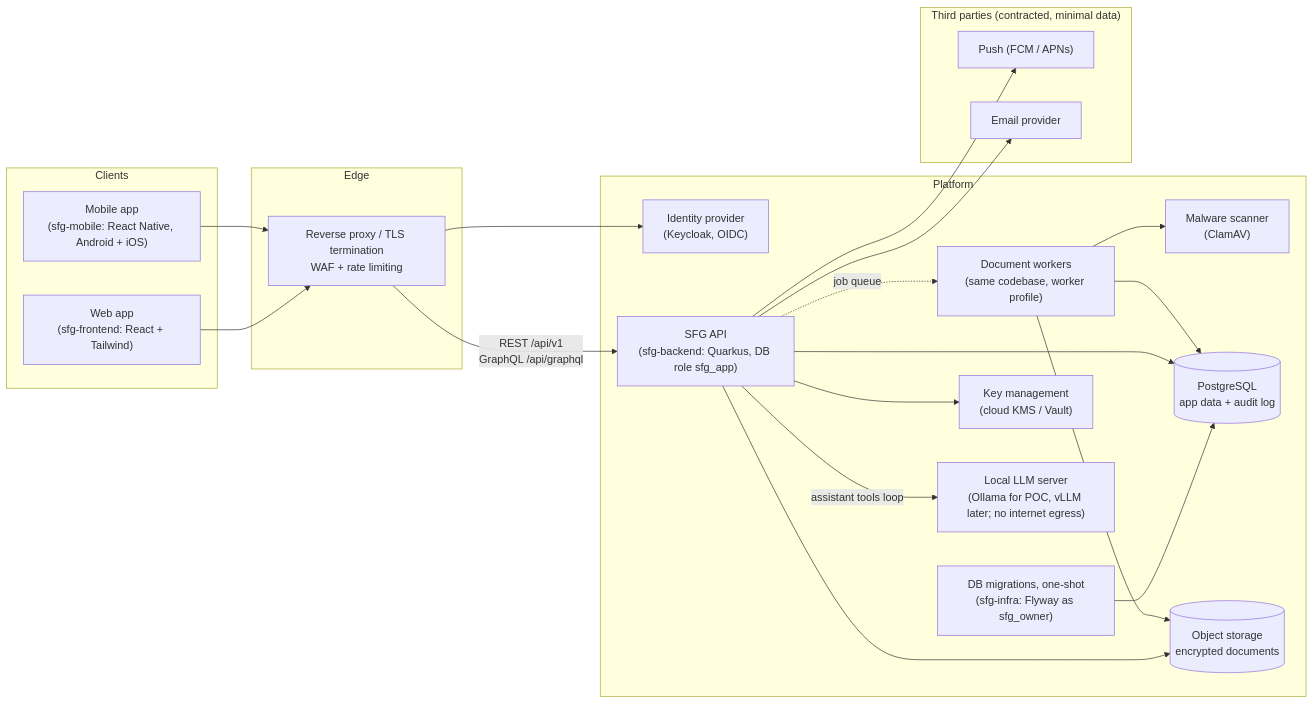
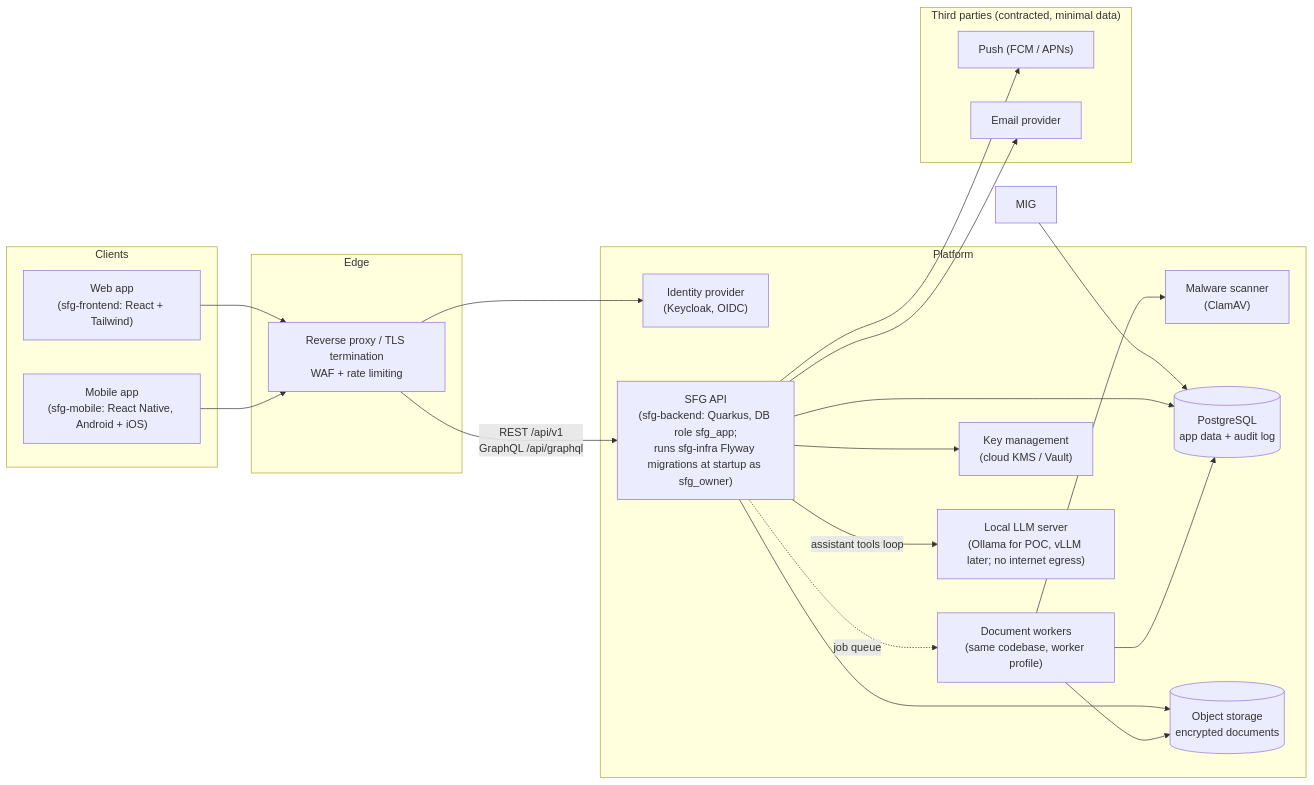
One commit to sdebie/sfg-parent changed the first of 7 diagrams in docs/high-level-design.md. Above: the diagram before and after it, drawn with Mermaid. The commit also changed other lines of this file, not shown here.

First line of the commit message:
HLD: backend runs the sfg-infra migrations at startup

````diff
--- a/docs/high-level-design.md
+++ b/docs/high-level-design.md
@@ -84,44 +84,43 @@
 ```mermaid
 flowchart LR
   subgraph Clients
     WEB["Web app<br/>(sfg-frontend: React + Tailwind)"]
     MOB["Mobile app<br/>(sfg-mobile: React Native, Android + iOS)"]
   end
 
   subgraph Edge
     RP["Reverse proxy / TLS termination<br/>WAF + rate limiting"]
   end
 
   subgraph Platform
     IDP["Identity provider<br/>(Keycloak, OIDC)"]
-    MIG["DB migrations, one-shot<br/>(sfg-infra: Flyway as sfg_owner)"]
-    API["SFG API<br/>(sfg-backend: Quarkus, DB role sfg_app)"]
+    API["SFG API<br/>(sfg-backend: Quarkus, DB role sfg_app;<br/>runs sfg-infra Flyway migrations at startup as sfg_owner)"]
     WRK["Document workers<br/>(same codebase, worker profile)"]
     AV["Malware scanner<br/>(ClamAV)"]
     DB[("PostgreSQL<br/>app data + audit log")]
     OBJ[("Object storage<br/>encrypted documents")]
     KMS["Key management<br/>(cloud KMS / Vault)"]
     LLM["Local LLM server<br/>(Ollama for POC, vLLM later; no internet egress)"]
   end
 
   subgraph External["Third parties (contracted, minimal data)"]
     PUSH["Push (FCM / APNs)"]
     MAIL["Email provider"]
   end
 
   WEB --> RP
   MOB --> RP
   RP -- "REST /api/v1<br/>GraphQL /api/graphql" --> API
   RP --> IDP
   MIG --> DB
   API --> DB
   API --> OBJ
   API --> KMS
   API -. job queue .-> WRK
   WRK --> AV
   WRK --> OBJ
   WRK --> DB
   API -- "assistant tools loop" --> LLM
   API --> PUSH
   API --> MAIL
 ```
````
